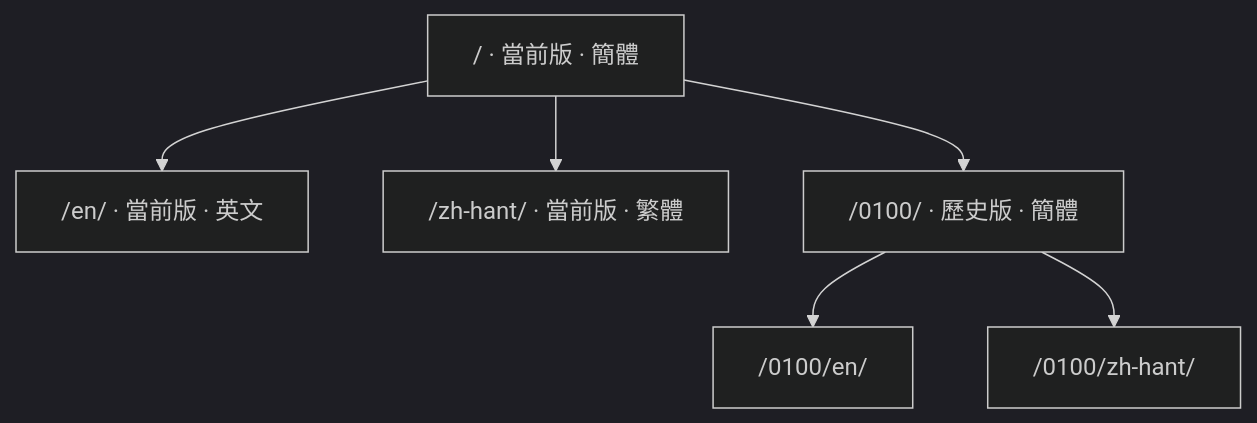
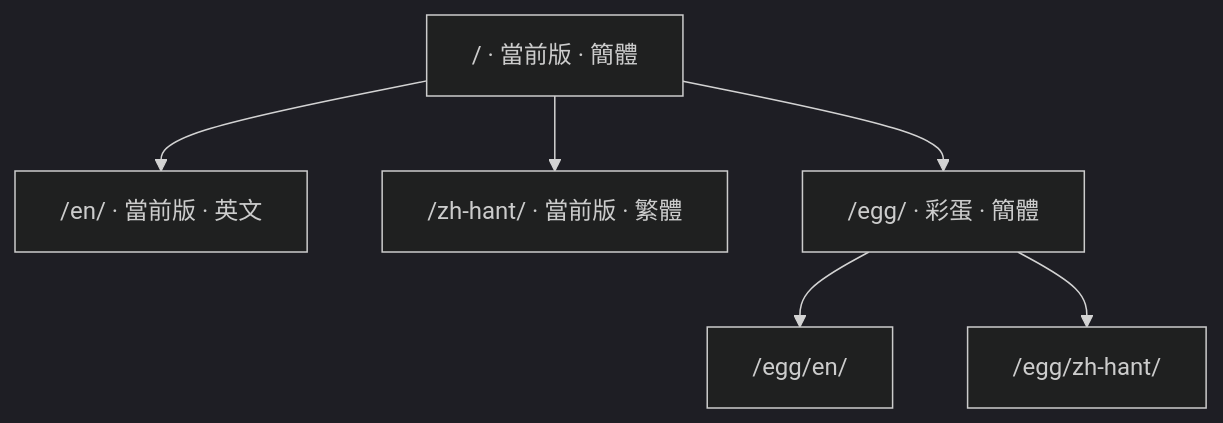
The diagram in docs/zh-hant/about/index.md (rwr-infra/rwr-mapbook), drawn with Mermaid (dark theme) before and after one commit. The commit also changed 523 other files, not shown here.

````diff
--- a/docs/zh-hant/about/index.md
+++ b/docs/zh-hant/about/index.md
@@ -35,8 +35,8 @@
 ```mermaid
 graph TD
   A["/ · 當前版 · 簡體"] --> B["/en/ · 當前版 · 英文"]
   A --> C["/zh-hant/ · 當前版 · 繁體"]
-  A --> D["/0100/ · 歷史版 · 簡體"]
-  D --> E["/0100/en/"]
-  D --> F["/0100/zh-hant/"]
+  A --> D["/egg/ · 彩蛋 · 簡體"]
+  D --> E["/egg/en/"]
+  D --> F["/egg/zh-hant/"]
 ```
````
